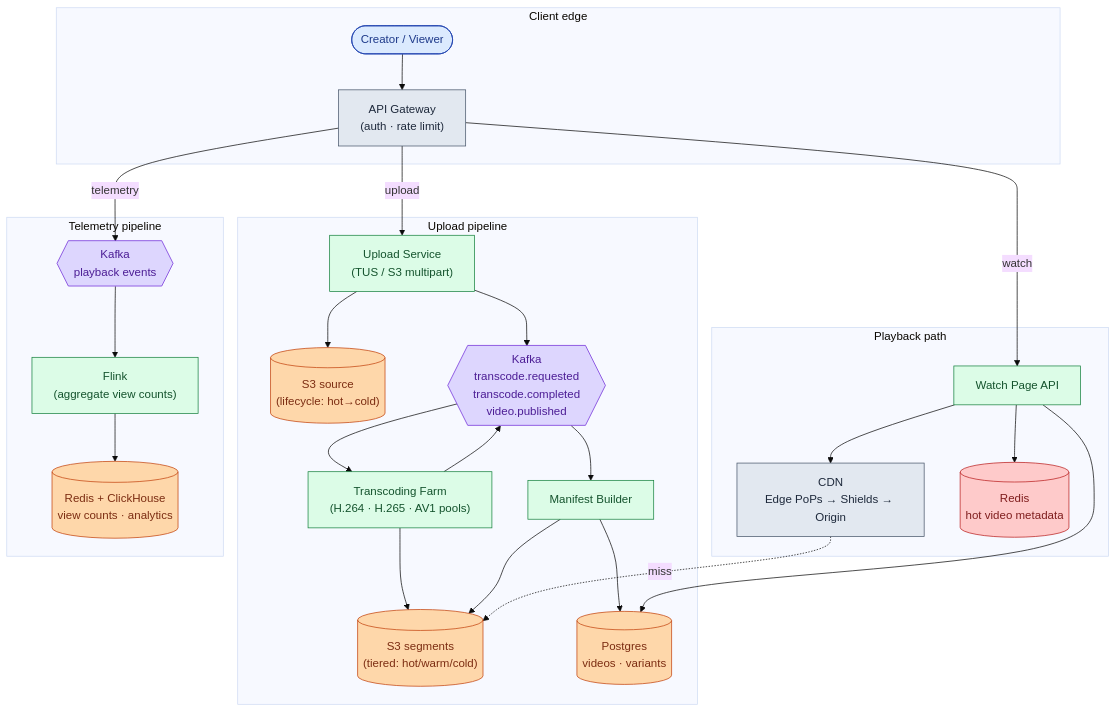
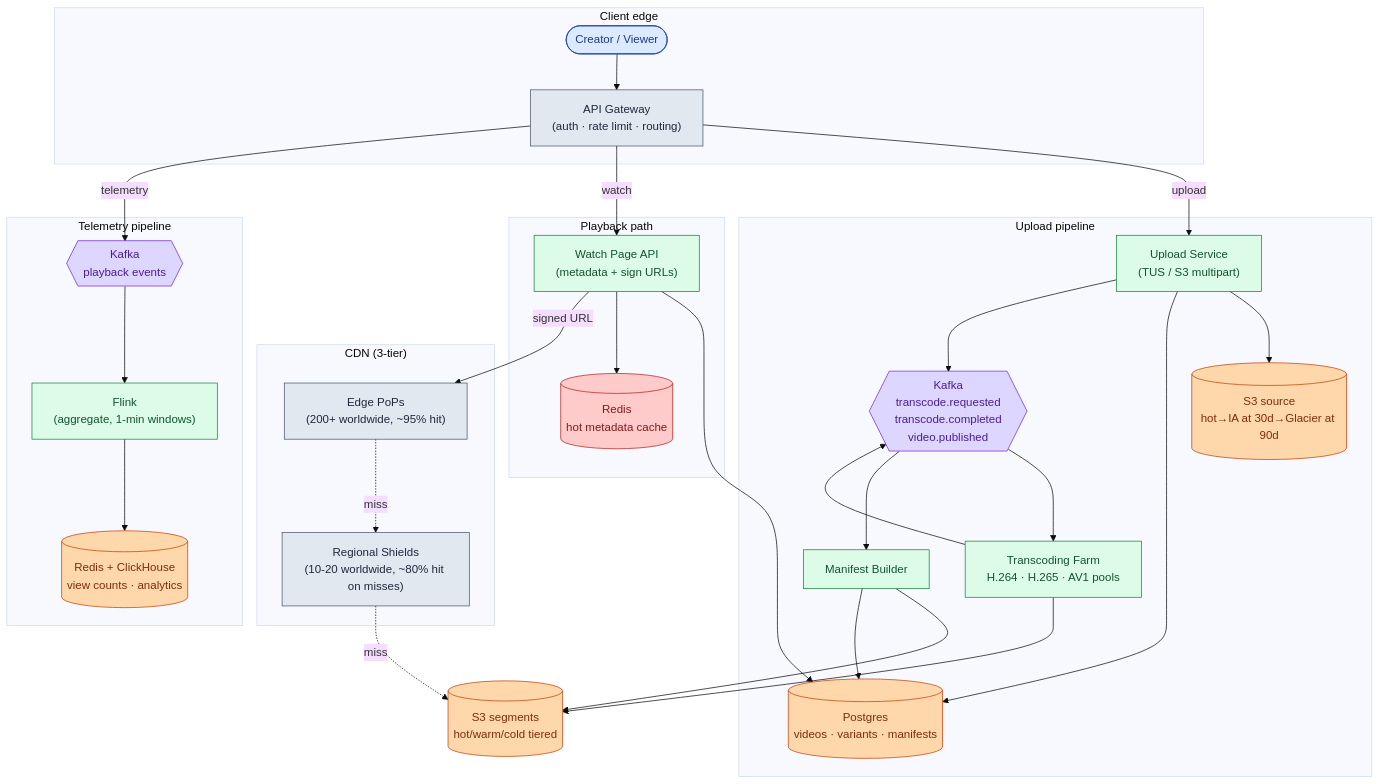
The eighth of 16 diagrams in _practice/system-design/006-video-streaming.md (shiningflash/shiningflash.github.io), drawn with Mermaid (base theme) before and after one commit. The commit also changed other lines of this file and 18 other files, not shown here.

````diff
--- a/_practice/system-design/006-video-streaming.md
+++ b/_practice/system-design/006-video-streaming.md
@@ -292,55 +355,62 @@
 ```mermaid
 flowchart TB
     subgraph Edge["Client edge"]
-        C([Creator / Viewer]):::user
-        GW["API Gateway<br/>(auth · rate limit)"]:::edge
+        C(["Creator / Viewer"]):::user
+        GW["API Gateway<br/>(auth · rate limit · routing)"]:::edge
     end
 
-    subgraph WritePath["Upload pipeline"]
+    subgraph UploadPipeline["Upload pipeline"]
         U["Upload Service<br/>(TUS / S3 multipart)"]:::app
-        S3src[("S3 source<br/>(lifecycle: hot→cold)")]:::db
-        K{{"Kafka<br/>transcode.requested<br/>transcode.completed\nvideo.published"}}:::queue
-        TW["Transcoding Farm<br/>(H.264 · H.265 · AV1 pools)"]:::app
-        S3out[("S3 segments<br/>(tiered: hot/warm/cold)")]:::db
+        S3src[("S3 source<br/>hot→IA at 30d→Glacier at 90d")]:::db
+        K{{"Kafka<br/>transcode.requested<br/>transcode.completed<br/>video.published"}}:::queue
+        TW["Transcoding Farm<br/>H.264 · H.265 · AV1 pools"]:::app
         MB["Manifest Builder"]:::app
-        DB[("Postgres<br/>videos · variants")]:::db
+        DB[("Postgres<br/>videos · variants · manifests")]:::db
     end
 
     subgraph PlaybackPath["Playback path"]
-        WA["Watch Page API"]:::app
-        CDN["CDN<br/>Edge PoPs → Shields → Origin"]:::edge
-        Cache[("Redis<br/>hot video metadata")]:::cache
+        WA["Watch Page API<br/>(metadata + sign URLs)"]:::app
+        RD[("Redis<br/>hot metadata cache")]:::cache
+    end
+
+    S3out[("S3 segments<br/>hot/warm/cold tiered")]:::db
+
+    subgraph CDNStack["CDN (3-tier)"]
+        EP["Edge PoPs<br/>(200+ worldwide, ~95% hit)"]:::edge
+        SH["Regional Shields<br/>(10-20 worldwide, ~80% hit on misses)"]:::edge
     end
 
     subgraph Telemetry["Telemetry pipeline"]
         TK{{"Kafka<br/>playback events"}}:::queue
-        FL["Flink<br/>(aggregate view counts)"]:::app
+        FL["Flink<br/>(aggregate, 1-min windows)"]:::app
         VDB[("Redis + ClickHouse<br/>view counts · analytics")]:::db
     end
 
     C --> GW
     GW -->|upload| U
     GW -->|watch| WA
+    GW -->|telemetry| TK
     U --> S3src
+    U --> DB
     U --> K
     K --> TW
     TW --> S3out
     TW --> K
     K --> MB
     MB --> S3out
     MB --> DB
     WA --> DB
-    WA --> Cache
-    WA --> CDN
-    CDN -.miss.-> S3out
-    GW -->|telemetry| TK
+    WA --> RD
+    WA -->|"signed URL"| EP
+    EP -.miss.-> SH
+    SH -.miss.-> S3out
     TK --> FL
     FL --> VDB
 
     classDef user  fill:#dbeafe,stroke:#1e40af,color:#1e3a8a
     classDef edge  fill:#e2e8f0,stroke:#475569,color:#1e293b
     classDef app   fill:#dcfce7,stroke:#15803d,color:#14532d
     classDef db    fill:#fed7aa,stroke:#c2410c,color:#7c2d12
     classDef cache fill:#fecaca,stroke:#b91c1c,color:#7f1d1d
     classDef queue fill:#ddd6fe,stroke:#6d28d9,color:#4c1d95
 ```
````
